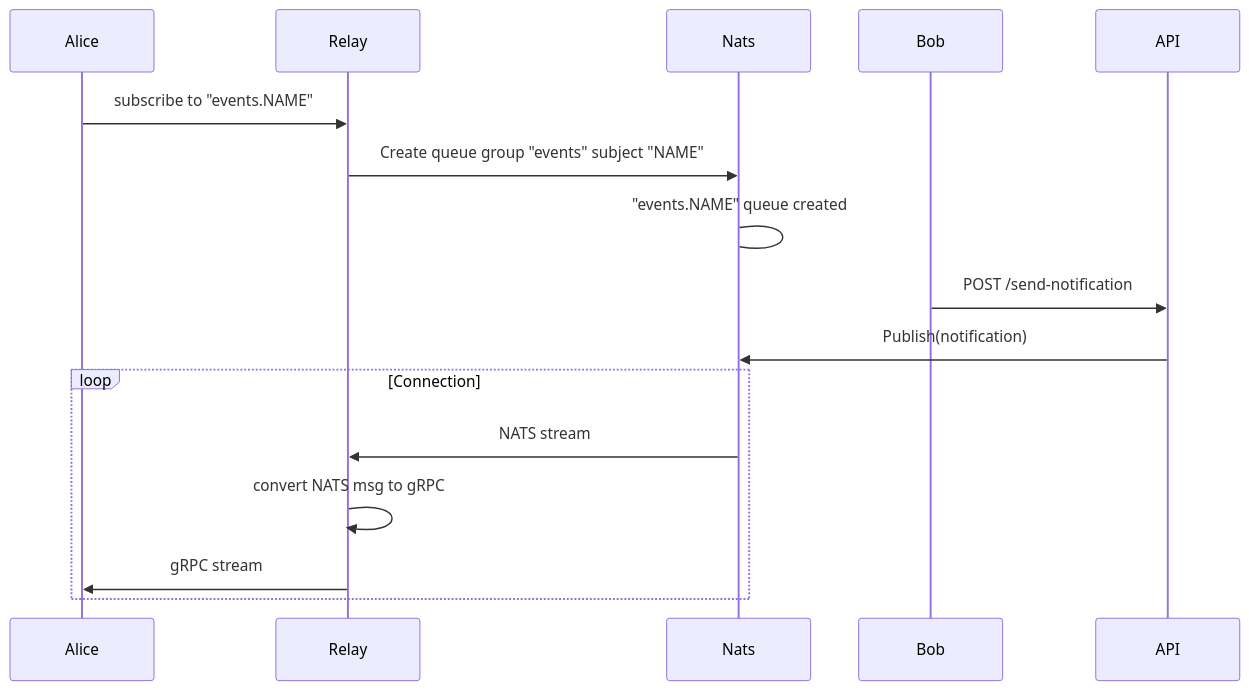
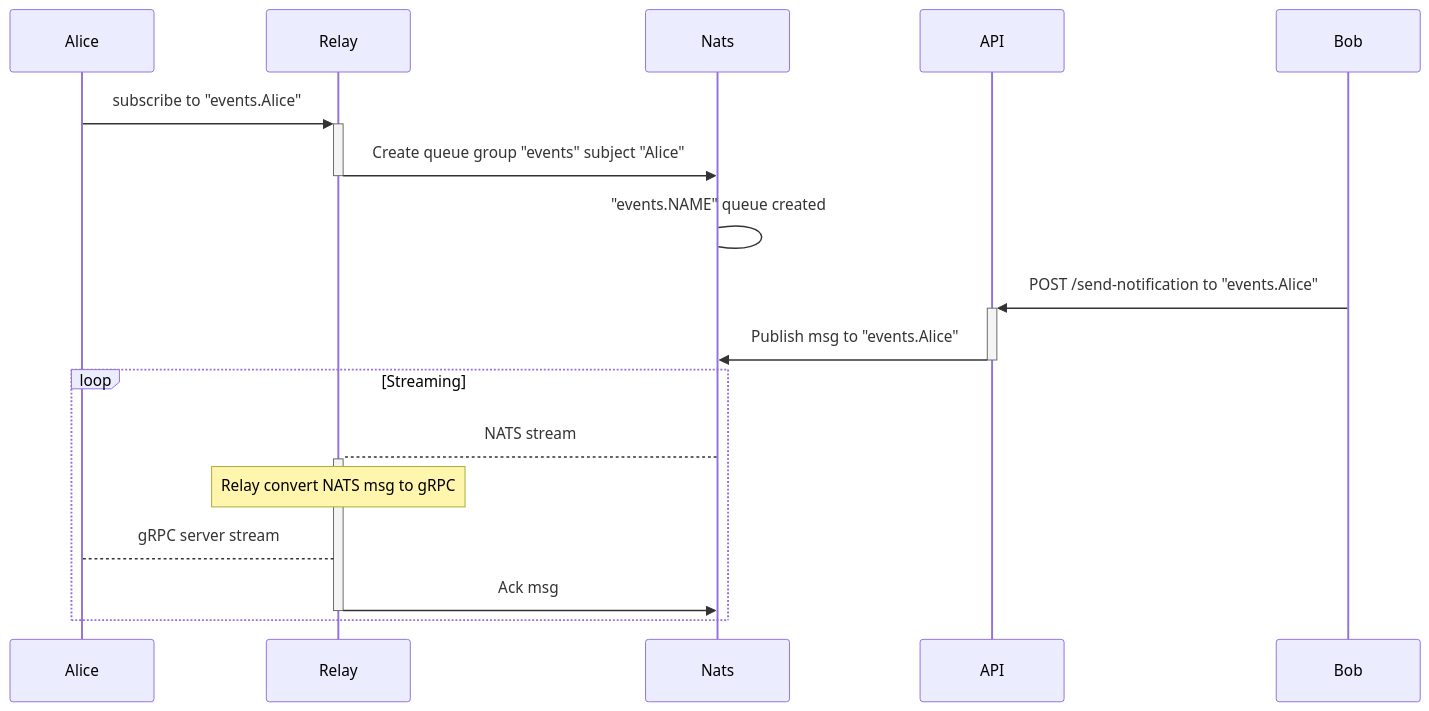
The diagram in docs/readme.md (Inveracity/svelte-grpc-stream), drawn with Mermaid before and after one commit.

Commit message:
update sequence diagram

````diff
--- a/docs/readme.md
+++ b/docs/readme.md
@@ -18,13 +18,23 @@
 ```mermaid
 sequenceDiagram
-Alice ->> Relay: subscribe to "events.NAME"
-Relay ->> Nats: Create queue group "events" subject "NAME"
+participant Alice
+participant Relay
+participant Nats
+participant API
+participant Bob
+
+Alice ->>+ Relay: subscribe to "events.Alice"
+Relay ->>- Nats: Create queue group "events" subject "Alice"
 Nats -> Nats: "events.NAME" queue created
-Bob ->> API: POST /send-notification
-API ->> Nats: Publish(notification)
-loop Connection
-    Nats ->> Relay: NATS stream
-    Relay ->> Relay: convert NATS msg to gRPC
-    Relay ->> Alice: gRPC stream
+
+Bob ->>+ API: POST /send-notification to "events.Alice"
+API ->>- Nats: Publish msg to "events.Alice"
+
+loop Streaming
+    Nats -->+ Relay: NATS stream
+    Note over Relay: Relay convert NATS msg to gRPC
+    Relay --> Alice: gRPC server stream
+
+    Relay ->>- Nats: Ack msg
 end
 ```
````
